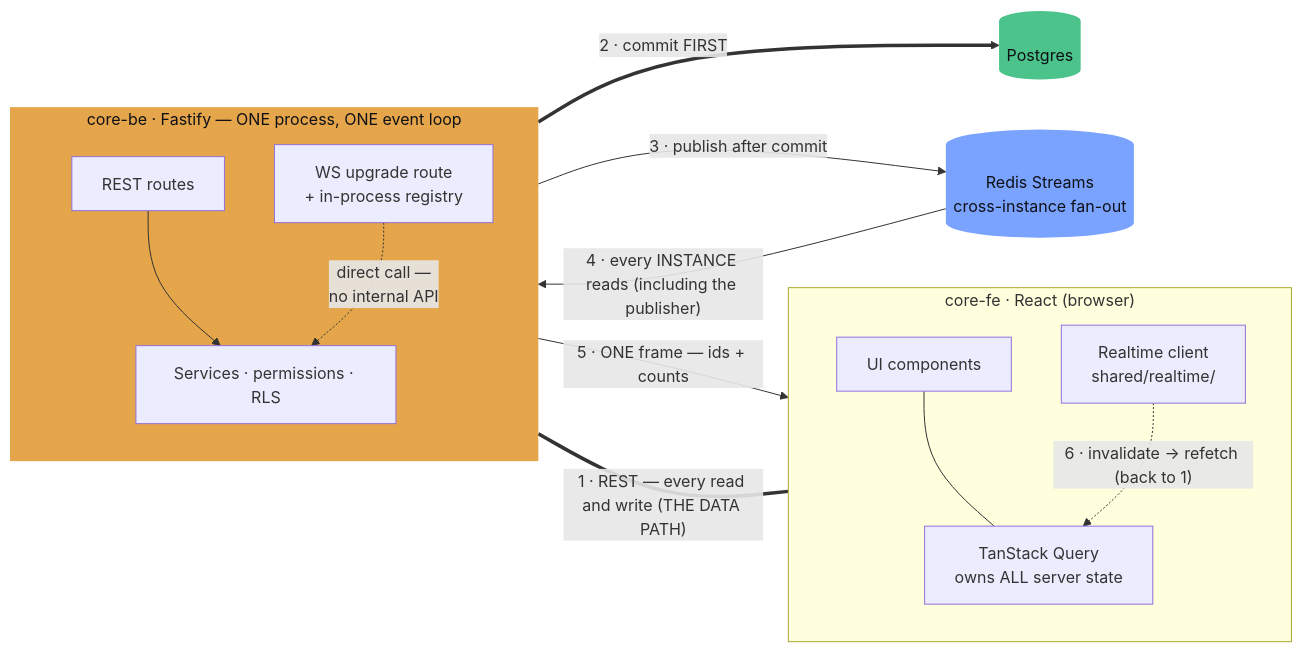
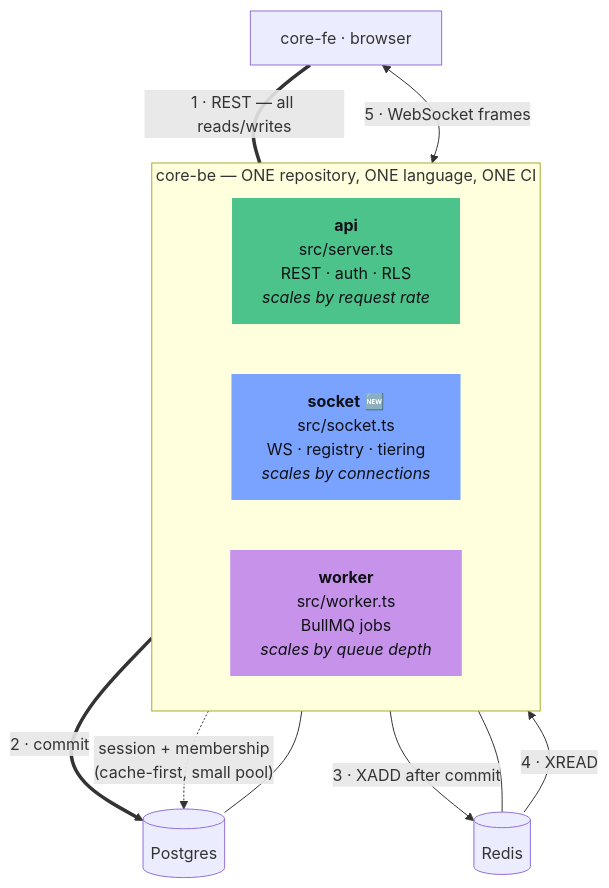
Before and after one commit to nikunjmavani/core-be: the first of 6 diagrams in docs/reference/architecture/realtime-in-core-be-plan.md, drawn with Mermaid. The commit also changed other lines of this file, not shown here.

First line of the commit message:
docs: rework the Option A plan around the socket as a THIRD core-be service

````diff
--- a/docs/reference/architecture/realtime-in-core-be-plan.md
+++ b/docs/reference/architecture/realtime-in-core-be-plan.md
@@ -47,33 +44,28 @@
 ```mermaid
-flowchart LR
-  subgraph FE["core-fe · React (browser)"]
-    direction TB
-    UI["UI components"]
-    RQ["TanStack Query<br/>owns ALL server state"]
-    WSC["Realtime client<br/>shared/realtime/"]
-    UI --- RQ
-  end
+flowchart TB
+  FE["core-fe · browser"]
 
-  subgraph BE["core-be · Fastify — ONE process, ONE event loop"]
-    direction TB
-    API["REST routes"]
-    WS["WS upgrade route<br/>+ in-process registry"]
-    SVC["Services · permissions · RLS"]
-    API --> SVC
-    WS -.->|"direct call —<br/>no internal API"| SVC
+  subgraph REPO["core-be — ONE repository, ONE language, ONE CI"]
+    direction LR
+    API["<b>api</b><br/>src/server.ts<br/>REST · auth · RLS<br/><i>scales by request rate</i>"]
+    SOCK["<b>socket</b> 🆕<br/>src/socket.ts<br/>WS · registry · tiering<br/><i>scales by connections</i>"]
+    WORK["<b>worker</b><br/>src/worker.ts<br/>BullMQ jobs<br/><i>scales by queue depth</i>"]
   end
 
   PG[("Postgres")]
-  RD[("Redis Streams<br/>cross-instance fan-out")]
+  RD[("Redis")]
 
-  RQ ===|"1 · REST — every read and write (THE DATA PATH)"| API
-  SVC ==>|"2 · commit FIRST"| PG
-  SVC -->|"3 · publish after commit"| RD
-  RD -->|"4 · every INSTANCE reads (including the publisher)"| WS
-  WS -->|"5 · ONE frame — ids + counts"| WSC
-  WSC -.->|"6 · invalidate → refetch (back to 1)"| RQ
+  FE ===|"1 · REST — all reads/writes"| API
+  FE <-->|"5 · WebSocket frames"| SOCK
 
-  style BE fill:#e5a54b,color:#0f1117,stroke:none
-  style PG fill:#4cc38a,color:#0f1117,stroke:none
-  style RD fill:#7aa2ff,color:#0f1117,stroke:none
+  API ==>|"2 · commit"| PG
+  API -->|"3 · XADD after commit"| RD
+  RD -->|"4 · XREAD"| SOCK
+  SOCK -.->|"session + membership<br/>(cache-first, small pool)"| PG
+  WORK --- RD
+  WORK --- PG
+
+  style SOCK fill:#7aa2ff,color:#0f1117,stroke:none
+  style API fill:#4cc38a,color:#0f1117,stroke:none
+  style WORK fill:#c792ea,color:#0f1117,stroke:none
 ```
````
